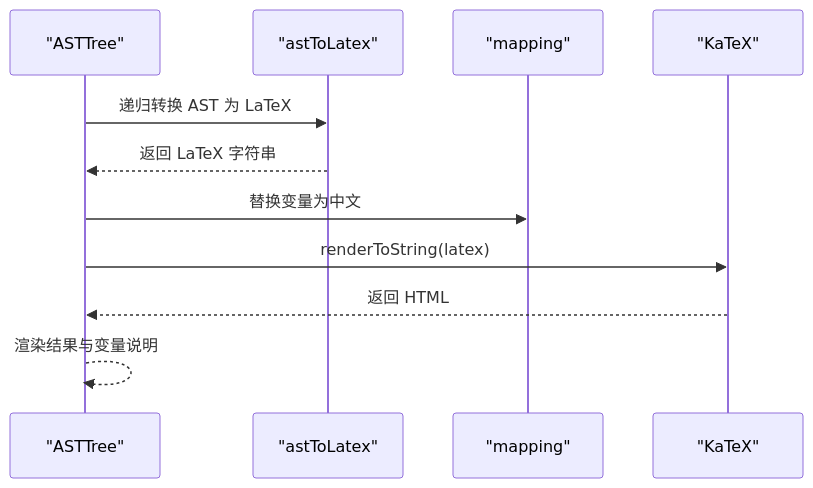
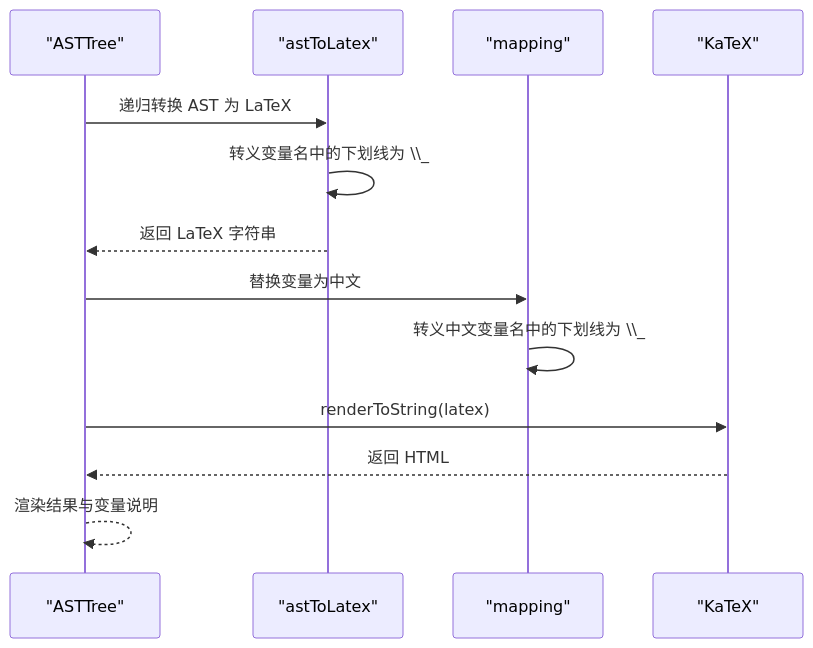
Before and after one commit to steveyu2/formula-mapper: the fifth of 7 diagrams in .qoder/repowiki/zh/content/用户指南/可视化展示/公式渲染.md, drawn with Mermaid. The commit also changed other lines of this file and 4 other files, not shown here.

````diff
--- a/.qoder/repowiki/zh/content/用户指南/可视化展示/公式渲染.md
+++ b/.qoder/repowiki/zh/content/用户指南/可视化展示/公式渲染.md
@@ -226,13 +247,15 @@
 ```mermaid
 sequenceDiagram
 participant AST as "ASTTree"
 participant T as "astToLatex"
 participant M as "mapping"
 participant K as "KaTeX"
 AST->>T : 递归转换 AST 为 LaTeX
+T->>T : 转义变量名中的下划线为 \\_
 T-->>AST : 返回 LaTeX 字符串
 AST->>M : 替换变量为中文
+M->>M : 转义中文变量名中的下划线为 \\_
 AST->>K : renderToString(latex)
 K-->>AST : 返回 HTML
 AST-->>AST : 渲染结果与变量说明
 ```
````
